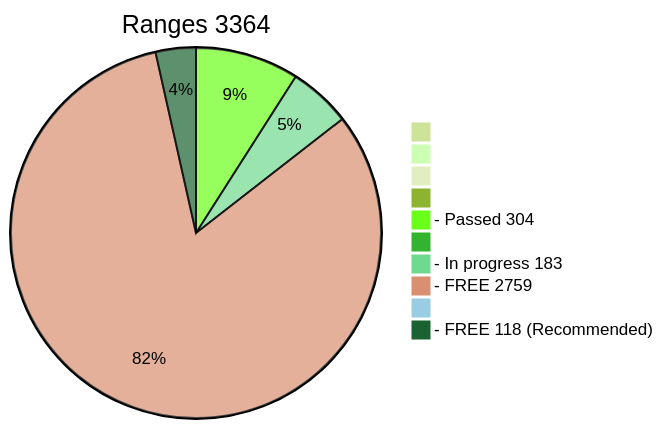
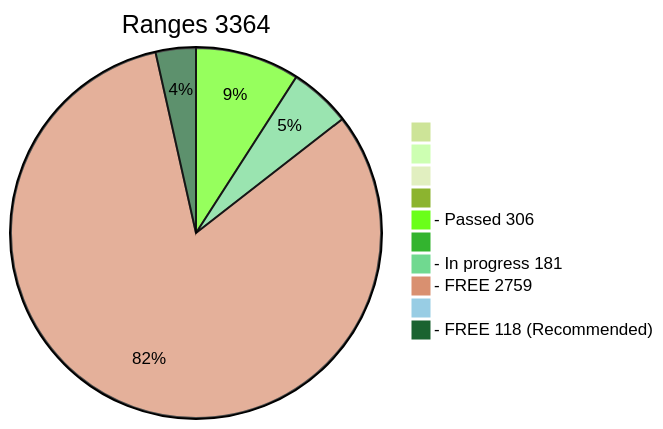
The diagram in x64/Release/table.md (phrutis/wif500), drawn with Mermaid (forest theme) before and after one commit. The commit also changed other lines of this file, not shown here.

````diff
--- a/x64/Release/table.md
+++ b/x64/Release/table.md
@@ -2,13 +2,13 @@
 ```mermaid
 pie title Ranges 3364
   " " : 0
   "  " : 0
   "   " : 0
   "    " : 0
-  "- Passed 304" : 304
+  "- Passed 306" : 306
   "     " : 0
-  "- In progress 183" : 183
+  "- In progress 181" : 181
   "- FREE 2759" : 2759
   "      " : 0
   "- FREE 118 (Recommended)" : 118
 ```
````
